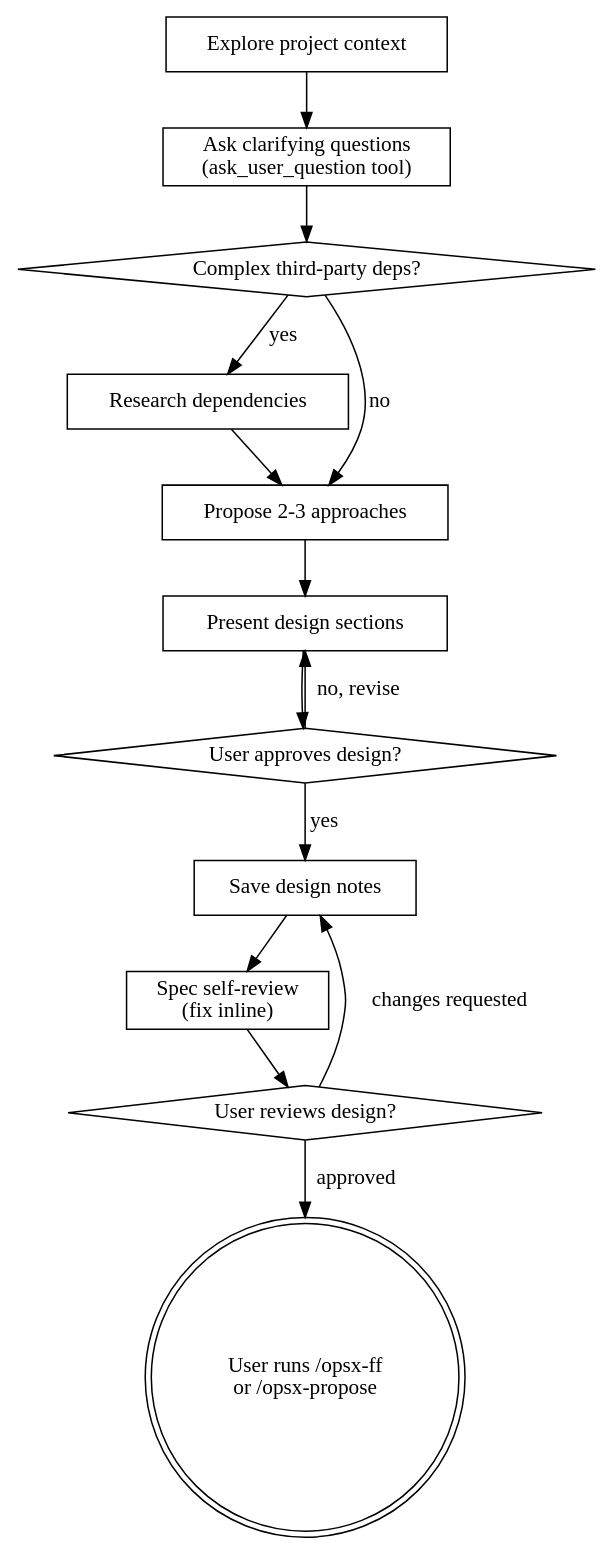
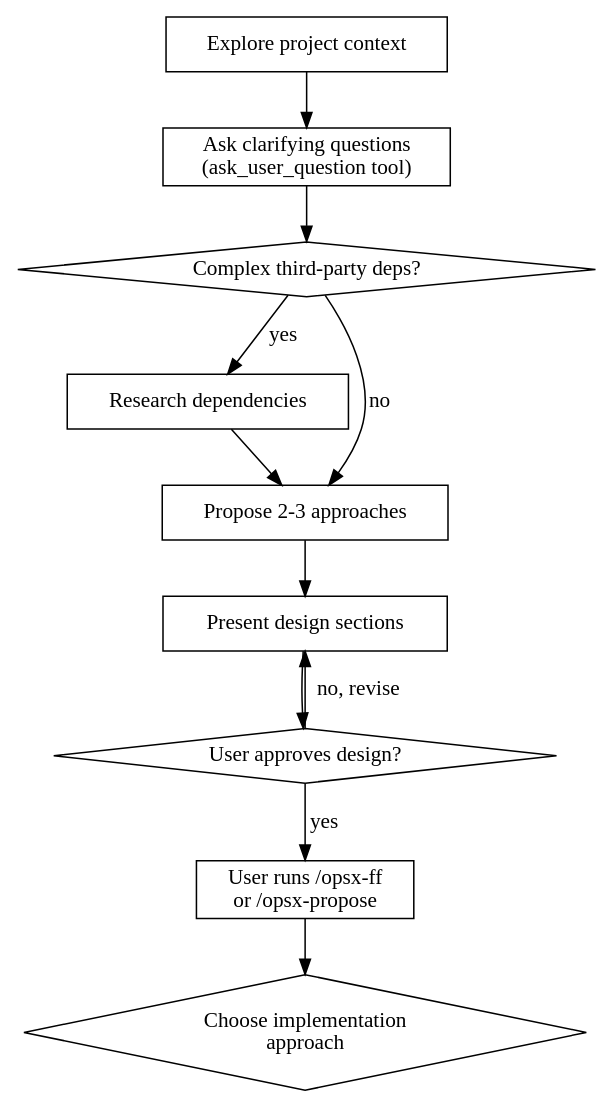
The diagram in pi/skills/brainstorming-openspec/SKILL.md (damian-git-99/superpowers), drawn with Graphviz before and after one commit. The commit also changed other lines of this file and 9 other files, not shown here.

````diff
--- a/pi/skills/brainstorming-openspec/SKILL.md
+++ b/pi/skills/brainstorming-openspec/SKILL.md
@@ -95,29 +101,24 @@
 ```dot
 digraph brainstorming_openspec {
     "Explore project context" [shape=box];
     "Ask clarifying questions\n(ask_user_question tool)" [shape=box];
     "Complex third-party deps?" [shape=diamond];
     "Research dependencies" [shape=box];
     "Propose 2-3 approaches" [shape=box];
     "Present design sections" [shape=box];
     "User approves design?" [shape=diamond];
-    "Save design notes" [shape=box];
-    "Spec self-review\n(fix inline)" [shape=box];
-    "User reviews design?" [shape=diamond];
-    "User runs /opsx-ff\nor /opsx-propose" [shape=doublecircle];
+    "User runs /opsx-ff\nor /opsx-propose" [shape=box];
+    "Choose implementation\napproach" [shape=diamond];
 
     "Explore project context" -> "Ask clarifying questions\n(ask_user_question tool)";
     "Ask clarifying questions\n(ask_user_question tool)" -> "Complex third-party deps?";
     "Complex third-party deps?" -> "Research dependencies" [label="yes"];
     "Complex third-party deps?" -> "Propose 2-3 approaches" [label="no"];
     "Research dependencies" -> "Propose 2-3 approaches";
     "Propose 2-3 approaches" -> "Present design sections";
     "Present design sections" -> "User approves design?";
     "User approves design?" -> "Present design sections" [label="no, revise"];
-    "User approves design?" -> "Save design notes" [label="yes"];
-    "Save design notes" -> "Spec self-review\n(fix inline)";
-    "Spec self-review\n(fix inline)" -> "User reviews design?";
-    "User reviews design?" -> "Save design notes" [label="changes requested"];
-    "User reviews design?" -> "User runs /opsx-ff\nor /opsx-propose" [label="approved"];
+    "User approves design?" -> "User runs /opsx-ff\nor /opsx-propose" [label="yes"];
+    "User runs /opsx-ff\nor /opsx-propose" -> "Choose implementation\napproach";
 }
 ```
````
